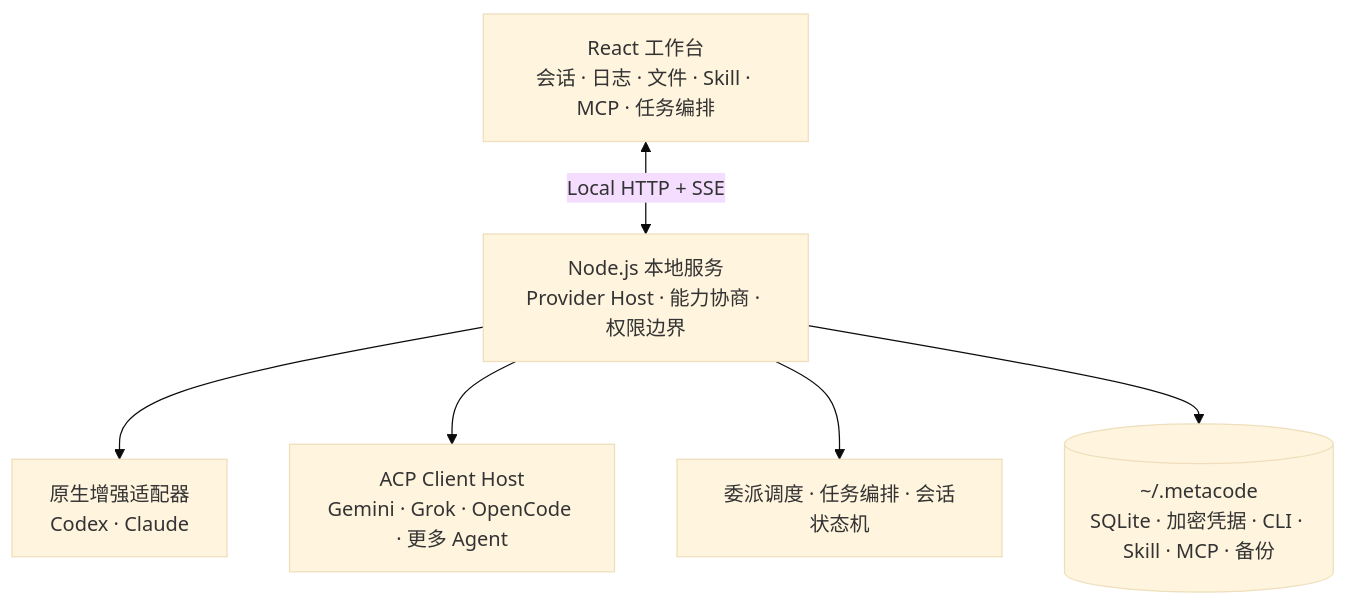
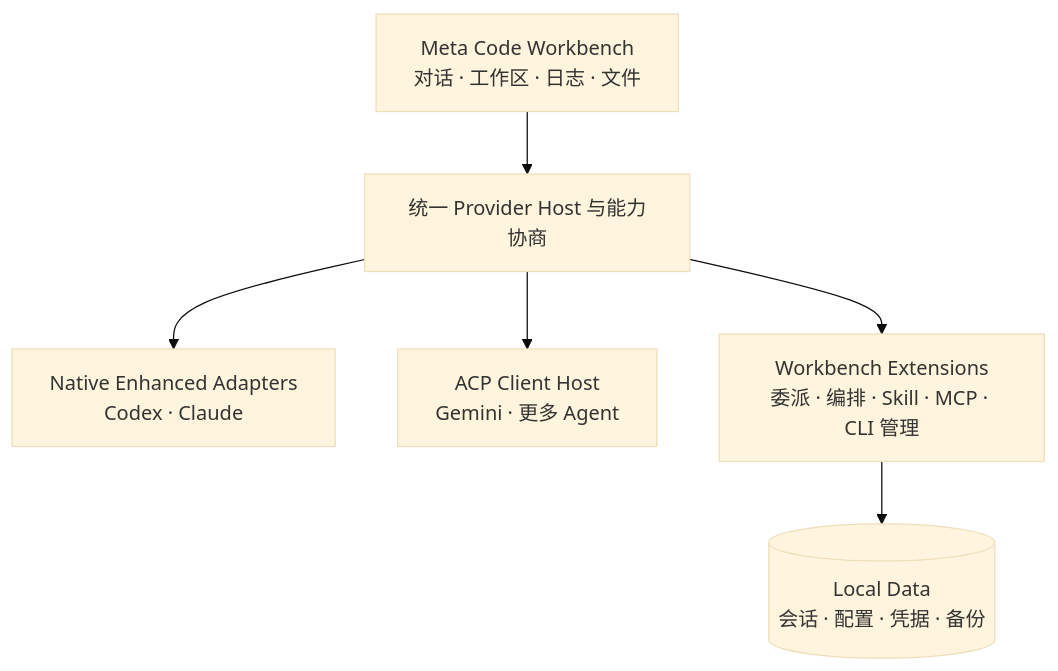
One commit to WuXinbo-bo/Meta-Code changed the diagram in README.md. Above: the diagram before and after it, drawn with Mermaid (base theme). The commit also changed other lines of this file and 6 other files, not shown here.

````diff
--- a/README.md
+++ b/README.md
@@ -94,9 +81,9 @@
 ```mermaid
 flowchart TB
-    UI[React 工作台<br/>会话 · 日志 · 文件 · Skill · MCP · 任务编排]
-    UI <-->|Local HTTP + SSE| Core[Node.js 本地服务<br/>Provider Host · 能力协商 · 权限边界]
-    Core --> Native[原生增强适配器<br/>Codex · Claude]
-    Core --> ACP[ACP Client Host<br/>Gemini · Grok · OpenCode · 更多 Agent]
-    Core --> Engine[委派调度 · 任务编排 · 会话状态机]
-    Core --> Data[(~/.metacode<br/>SQLite · 加密凭据 · CLI · Skill · MCP · 备份)]
+    UI[Meta Code Workbench<br/>对话 · 工作区 · 日志 · 文件]
+    UI --> Host[统一 Provider Host 与能力协商]
+    Host --> Native[Native Enhanced Adapters<br/>Codex · Claude]
+    Host --> ACP[ACP Client Host<br/>Gemini · 更多 Agent]
+    Host --> Extensions[Workbench Extensions<br/>委派 · 编排 · Skill · MCP · CLI 管理]
+    Extensions --> Data[(Local Data<br/>会话 · 配置 · 凭据 · 备份)]
 ```
````
